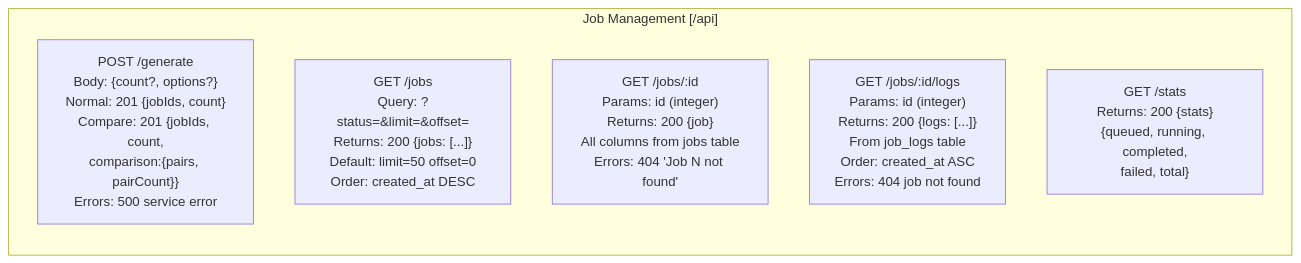
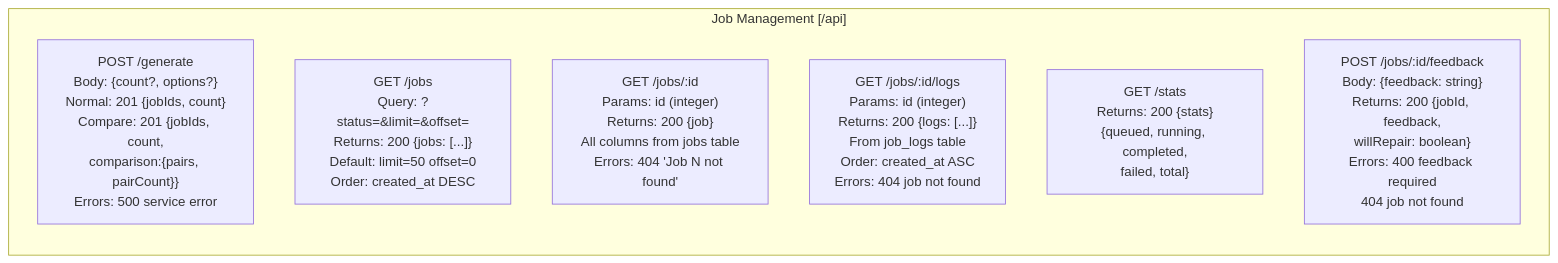
One commit to J-Gierend/gamePocGen changed the first of 6 diagrams in AI/document/03-api-surface.md. Above: the diagram before and after it, drawn with Mermaid. The commit also changed other lines of this file and 5 other files, not shown here.

````diff
--- a/AI/document/03-api-surface.md
+++ b/AI/document/03-api-surface.md
@@ -3,10 +3,11 @@
 ```mermaid
 graph LR
     subgraph "Job Management [/api]"
         POST_GEN["POST /generate\nBody: {count?, options?}\nNormal: 201 {jobIds, count}\nCompare: 201 {jobIds, count,\ncomparison:{pairs, pairCount}}\nErrors: 500 service error"]
         GET_JOBS["GET /jobs\nQuery: ?status=&limit=&offset=\nReturns: 200 {jobs: [...]}\nDefault: limit=50 offset=0\nOrder: created_at DESC"]
         GET_JOB["GET /jobs/:id\nParams: id (integer)\nReturns: 200 {job}\nAll columns from jobs table\nErrors: 404 'Job N not found'"]
         GET_LOGS["GET /jobs/:id/logs\nParams: id (integer)\nReturns: 200 {logs: [...]}\nFrom job_logs table\nOrder: created_at ASC\nErrors: 404 job not found"]
         GET_STATS["GET /stats\nReturns: 200 {stats}\n{queued, running, completed,\nfailed, total}"]
+        POST_FEEDBACK["POST /jobs/:id/feedback\nBody: {feedback: string}\nReturns: 200 {jobId, feedback,\nwillRepair: boolean}\nErrors: 400 feedback required\n404 job not found"]
     end
 ```
````
